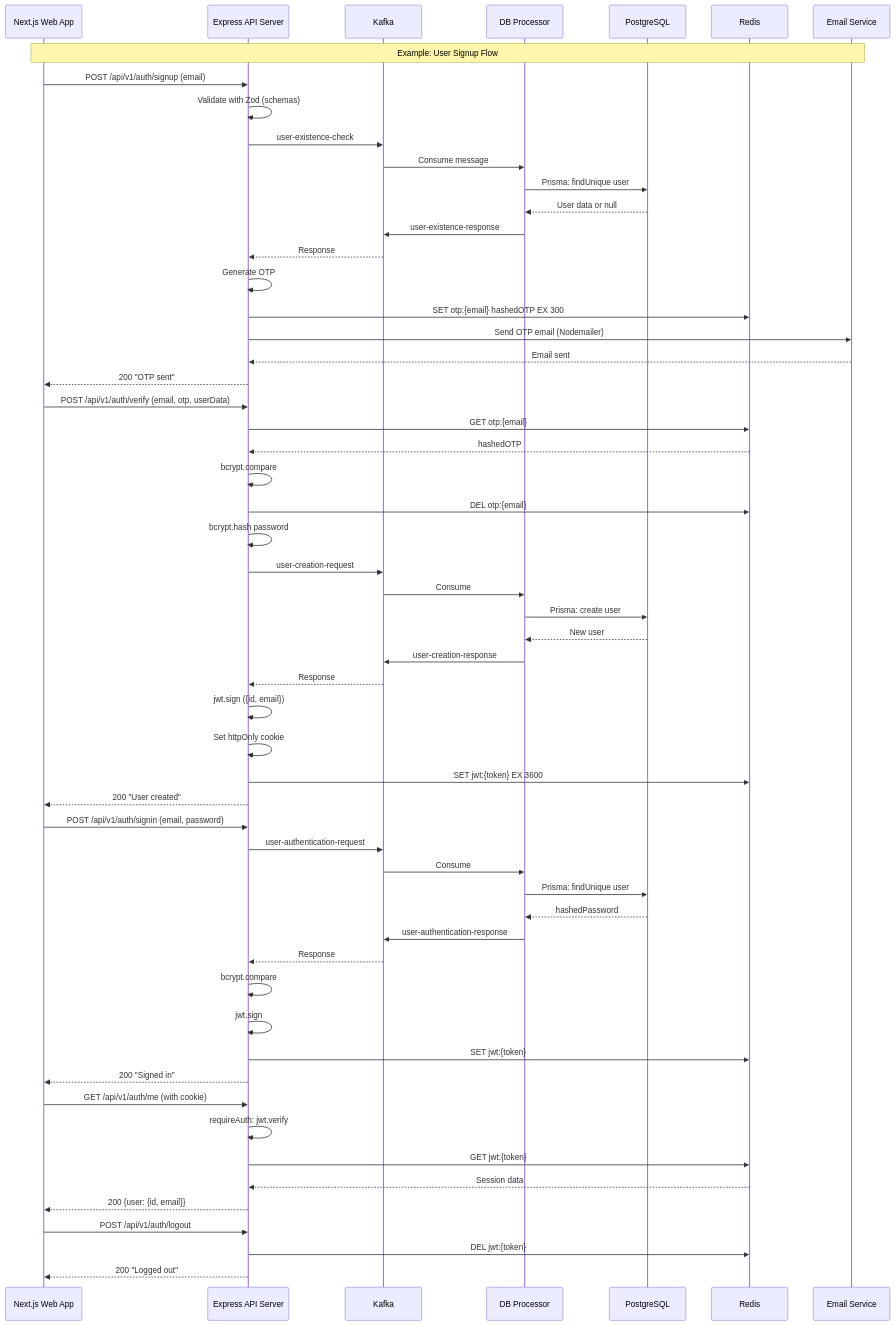
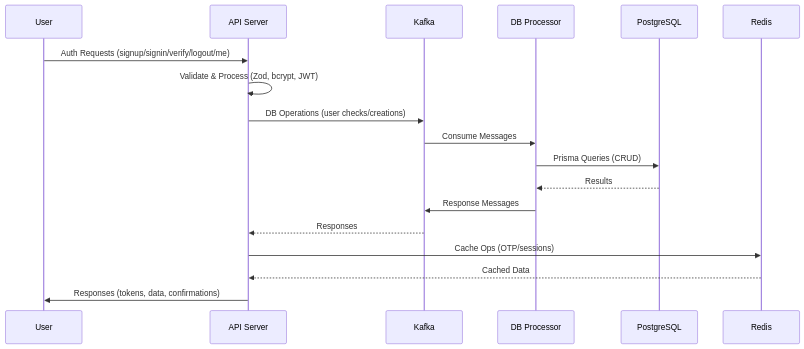
The diagram in docs/architecture.md (shatadalsamui/SAMCFD), drawn with Mermaid before and after one commit.

````diff
--- a/docs/architecture.md
+++ b/docs/architecture.md
@@ -5,64 +5,21 @@
 ```mermaid
 sequenceDiagram
-    participant Web as Next.js Web App
-    participant API as Express API Server
+    participant User
+    participant API as API Server
     participant Kafka
     participant DBProc as DB Processor
     participant DB as PostgreSQL
     participant Redis
-    participant Email as Email Service
 
-    Note over Web,Email: Example: User Signup Flow
-    Web->>API: POST /api/v1/auth/signup (email)
-    API->>API: Validate with Zod (schemas)
-    API->>Kafka: user-existence-check
-    Kafka->>DBProc: Consume message
-    DBProc->>DB: Prisma: findUnique user
-    DB-->>DBProc: User data or null
-    DBProc->>Kafka: user-existence-response
-    Kafka-->>API: Response
-    API->>API: Generate OTP
-    API->>Redis: SET otp:{email} hashedOTP EX 300
-    API->>Email: Send OTP email (Nodemailer)
-    Email-->>API: Email sent
-    API-->>Web: 200 "OTP sent"
-
-    Web->>API: POST /api/v1/auth/verify (email, otp, userData)
-    API->>Redis: GET otp:{email}
-    Redis-->>API: hashedOTP
-    API->>API: bcrypt.compare
-    API->>Redis: DEL otp:{email}
-    API->>API: bcrypt.hash password
-    API->>Kafka: user-creation-request
-    Kafka->>DBProc: Consume
-    DBProc->>DB: Prisma: create user
-    DB-->>DBProc: New user
-    DBProc->>Kafka: user-creation-response
-    Kafka-->>API: Response
-    API->>API: jwt.sign ({id, email})
-    API->>API: Set httpOnly cookie
-    API->>Redis: SET jwt:{token} EX 3600
-    API-->>Web: 200 "User created"
-
-    Web->>API: POST /api/v1/auth/signin (email, password)
-    API->>Kafka: user-authentication-request
-    Kafka->>DBProc: Consume
-    DBProc->>DB: Prisma: findUnique user
-    DB-->>DBProc: hashedPassword
-    DBProc->>Kafka: user-authentication-response
-    Kafka-->>API: Response
-    API->>API: bcrypt.compare
-    API->>API: jwt.sign
-    API->>Redis: SET jwt:{token}
-    API-->>Web: 200 "Signed in"
-
-    Web->>API: GET /api/v1/auth/me (with cookie)
-    API->>API: requireAuth: jwt.verify
-    API->>Redis: GET jwt:{token}
-    Redis-->>API: Session data
-    API-->>Web: 200 {user: {id, email}}
-
-    Web->>API: POST /api/v1/auth/logout
-    API->>Redis: DEL jwt:{token}
-    API-->>Web: 200 "Logged out"
+    User->>API: Auth Requests (signup/signin/verify/logout/me)
+    API->>API: Validate & Process (Zod, bcrypt, JWT)
+    API->>Kafka: DB Operations (user checks/creations)
+    Kafka->>DBProc: Consume Messages
+    DBProc->>DB: Prisma Queries (CRUD)
+    DB-->>DBProc: Results
+    DBProc->>Kafka: Response Messages
+    Kafka-->>API: Responses
+    API->>Redis: Cache Ops (OTP/sessions)
+    Redis-->>API: Cached Data
+    API->>User: Responses (tokens, data, confirmations)
 ```
````
